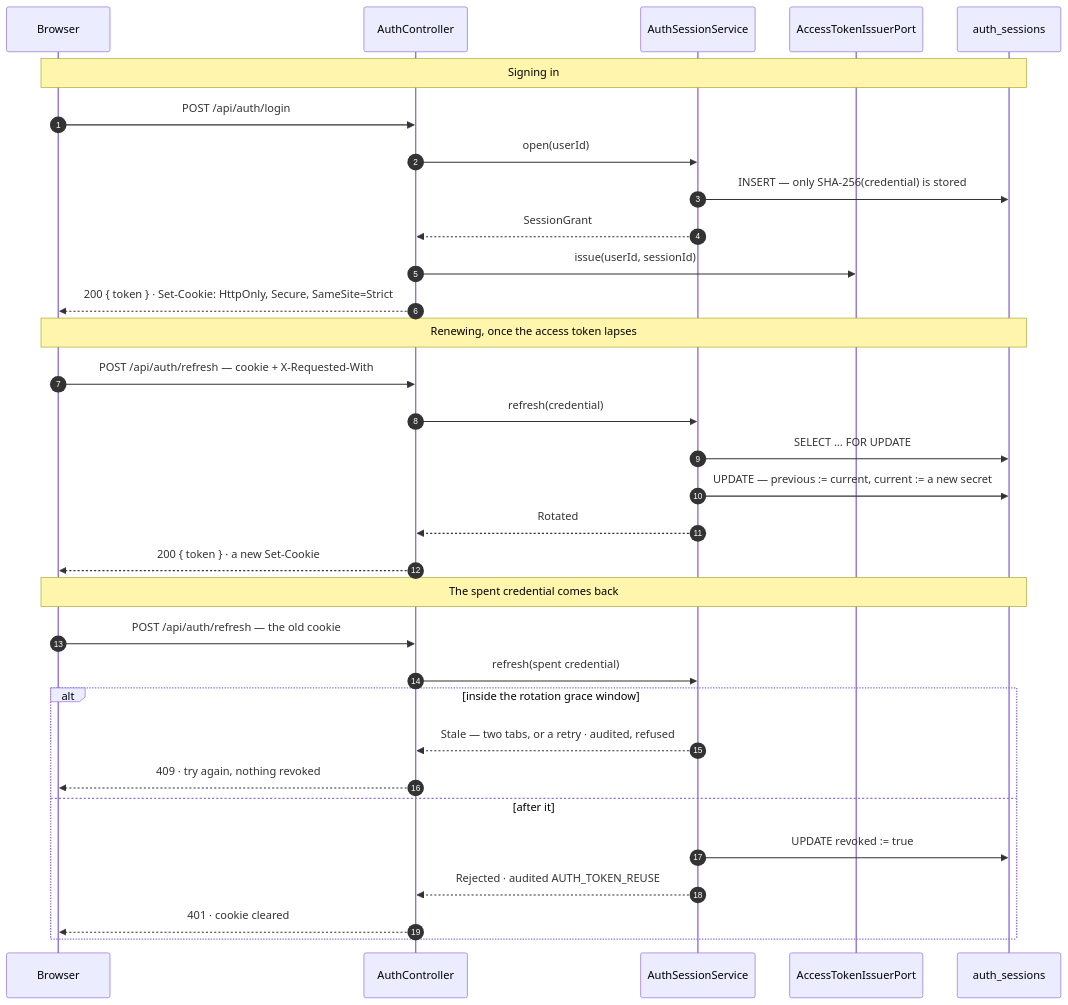
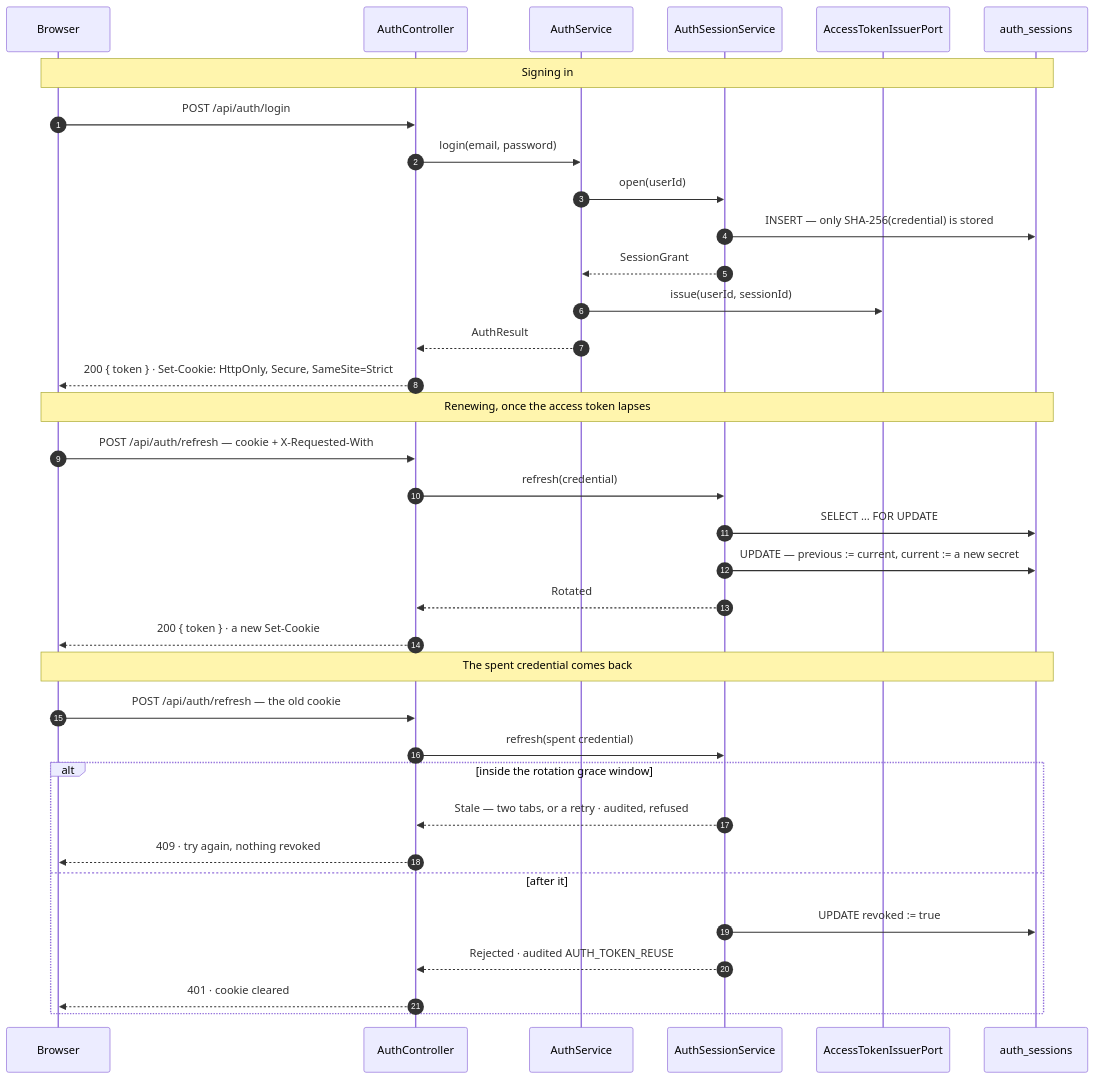
One commit to NaimElijah/UpHealther changed the diagram in docs/architecture/architecture.md. Above: the diagram before and after it, drawn with Mermaid. The commit also changed other lines of this file and 9 other files, not shown here.

````diff
--- a/docs/architecture/architecture.md
+++ b/docs/architecture/architecture.md
@@ -379,37 +386,40 @@
 ```mermaid
 sequenceDiagram
     autonumber
     participant B as Browser
     participant C as AuthController
+    participant A as AuthService
     participant S as AuthSessionService
     participant J as AccessTokenIssuerPort
     participant DB as auth_sessions
 
     Note over B,DB: Signing in
     B->>C: POST /api/auth/login
-    C->>S: open(userId)
+    C->>A: login(email, password)
+    A->>S: open(userId)
     S->>DB: INSERT — only SHA-256(credential) is stored
-    S-->>C: SessionGrant
-    C->>J: issue(userId, sessionId)
+    S-->>A: SessionGrant
+    A->>J: issue(userId, sessionId)
+    A-->>C: AuthResult
     C-->>B: 200 { token } · Set-Cookie: HttpOnly, Secure, SameSite=Strict
 
     Note over B,DB: Renewing, once the access token lapses
     B->>C: POST /api/auth/refresh — cookie + X-Requested-With
     C->>S: refresh(credential)
     S->>DB: SELECT … FOR UPDATE
     S->>DB: UPDATE — previous := current, current := a new secret
     S-->>C: Rotated
     C-->>B: 200 { token } · a new Set-Cookie
 
     Note over B,DB: The spent credential comes back
     B->>C: POST /api/auth/refresh — the old cookie
     C->>S: refresh(spent credential)
     alt inside the rotation grace window
         S-->>C: Stale — two tabs, or a retry · audited, refused
         C-->>B: 409 · try again, nothing revoked
     else after it
         S->>DB: UPDATE revoked := true
         S-->>C: Rejected · audited AUTH_TOKEN_REUSE
         C-->>B: 401 · cookie cleared
     end
 ```
````
